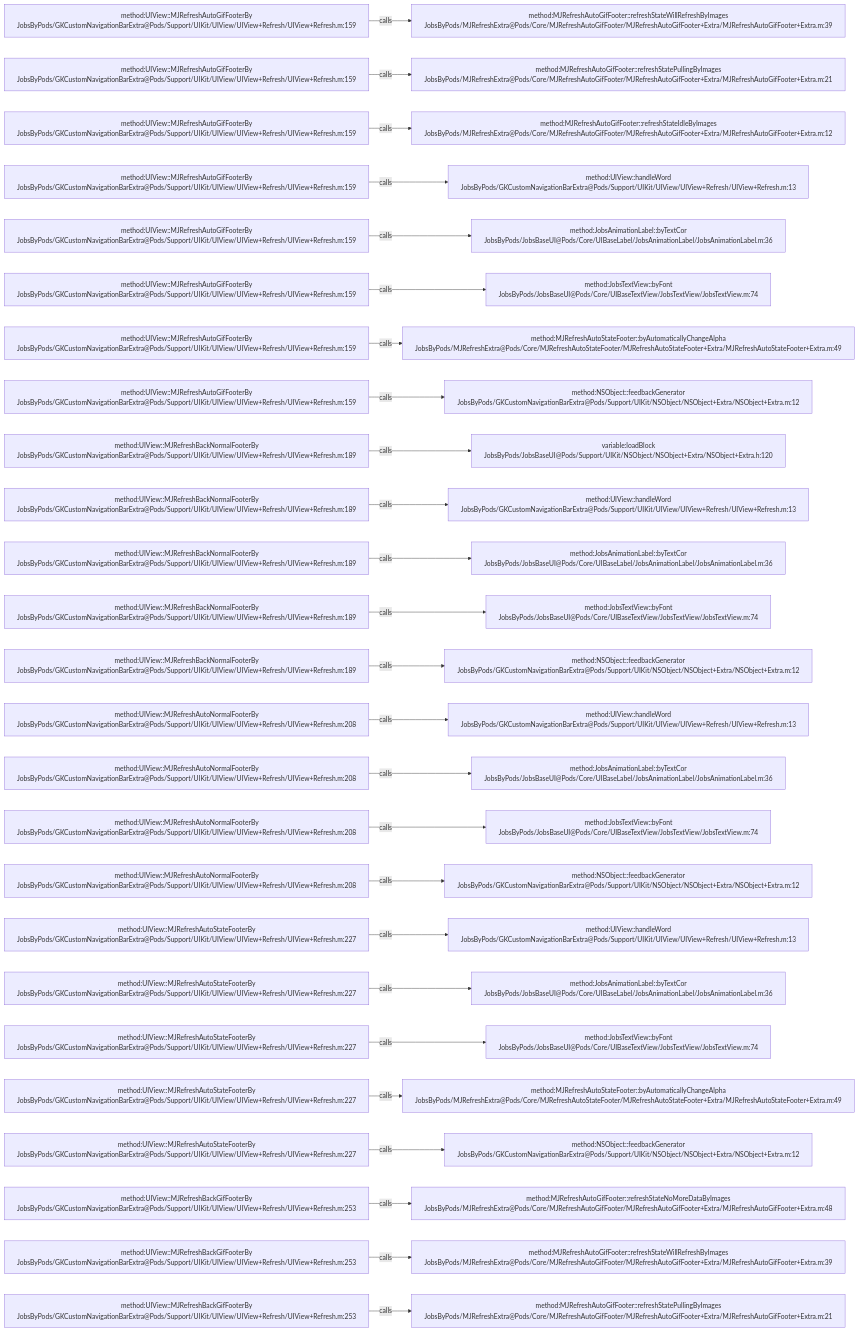
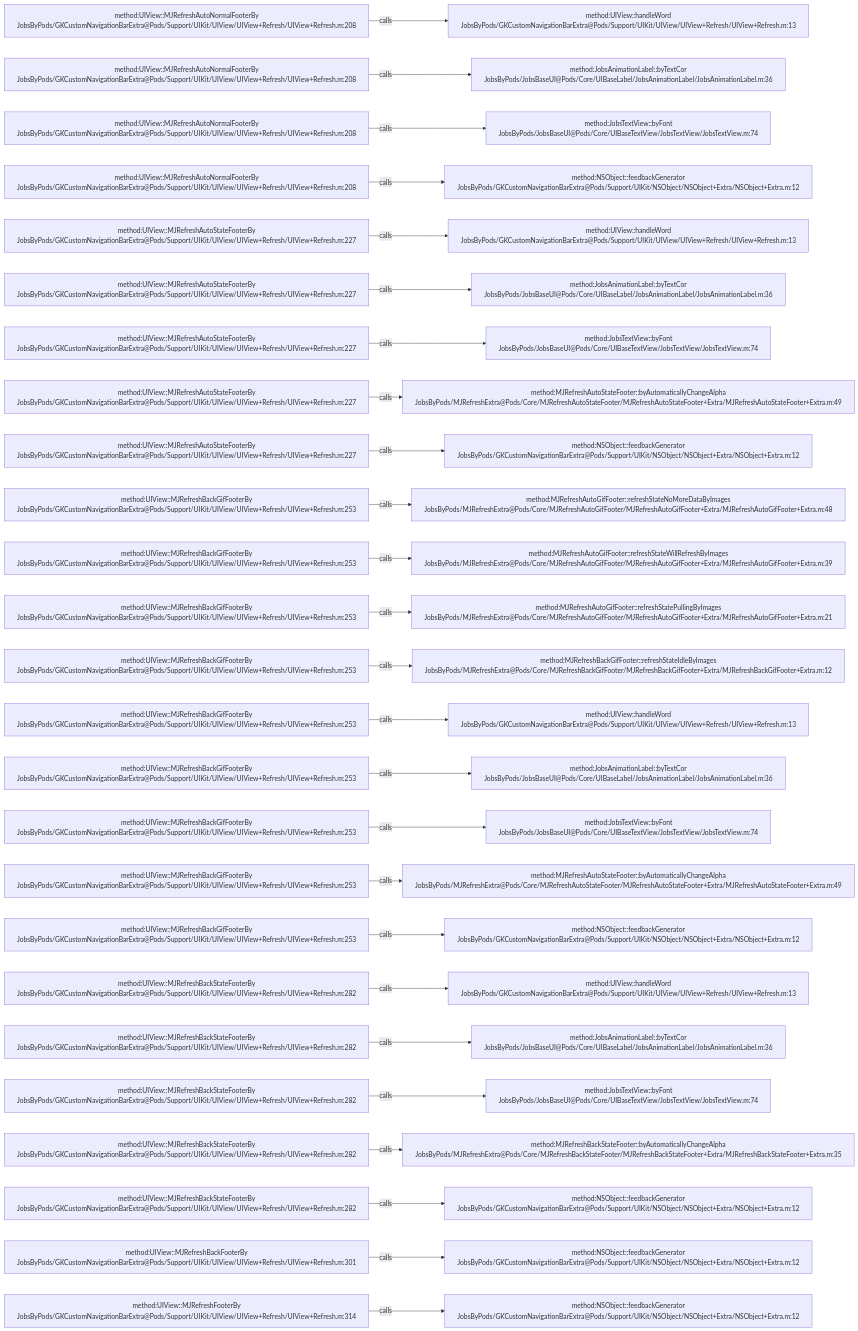
Before and after one commit to JobsKits/JobsOCBaseConfigDemo: the diagram in .codegraph/codegraph.md/graphs/calls-044.md, drawn with Mermaid. The commit also changed 223 other files, not shown here.

````diff
--- a/.codegraph/codegraph.md/graphs/calls-044.md
+++ b/.codegraph/codegraph.md/graphs/calls-044.md
@@ -13,78 +13,78 @@
 ```mermaid
 flowchart LR
-  S1["method:UIView::MJRefreshAutoGifFooterBy<br/>JobsByPods/GKCustomNavigationBarExtra@Pods/Support/UIKit/UIView/UIView+Refresh/UIView+Refresh.m:159"]
-  T1["method:MJRefreshAutoGifFooter::refreshStateWillRefreshByImages<br/>JobsByPods/MJRefreshExtra@Pods/Core/MJRefreshAutoGifFooter/MJRefreshAutoGifFooter+Extra/MJRefreshAutoGifFooter+Extra.m:39"]
+  S1["method:UIView::MJRefreshAutoNormalFooterBy<br/>JobsByPods/GKCustomNavigationBarExtra@Pods/Support/UIKit/UIView/UIView+Refresh/UIView+Refresh.m:208"]
+  T1["method:UIView::handleWord<br/>JobsByPods/GKCustomNavigationBarExtra@Pods/Support/UIKit/UIView/UIView+Refresh/UIView+Refresh.m:13"]
   S1 -->|calls| T1
-  S2["method:UIView::MJRefreshAutoGifFooterBy<br/>JobsByPods/GKCustomNavigationBarExtra@Pods/Support/UIKit/UIView/UIView+Refresh/UIView+Refresh.m:159"]
-  T2["method:MJRefreshAutoGifFooter::refreshStatePullingByImages<br/>JobsByPods/MJRefreshExtra@Pods/Core/MJRefreshAutoGifFooter/MJRefreshAutoGifFooter+Extra/MJRefreshAutoGifFooter+Extra.m:21"]
+  S2["method:UIView::MJRefreshAutoNormalFooterBy<br/>JobsByPods/GKCustomNavigationBarExtra@Pods/Support/UIKit/UIView/UIView+Refresh/UIView+Refresh.m:208"]
+  T2["method:JobsAnimationLabel::byTextCor<br/>JobsByPods/JobsBaseUI@Pods/Core/UIBaseLabel/JobsAnimationLabel/JobsAnimationLabel.m:36"]
   S2 -->|calls| T2
-  S3["method:UIView::MJRefreshAutoGifFooterBy<br/>JobsByPods/GKCustomNavigationBarExtra@Pods/Support/UIKit/UIView/UIView+Refresh/UIView+Refresh.m:159"]
-  T3["method:MJRefreshAutoGifFooter::refreshStateIdleByImages<br/>JobsByPods/MJRefreshExtra@Pods/Core/MJRefreshAutoGifFooter/MJRefreshAutoGifFooter+Extra/MJRefreshAutoGifFooter+Extra.m:12"]
+  S3["method:UIView::MJRefreshAutoNormalFooterBy<br/>JobsByPods/GKCustomNavigationBarExtra@Pods/Support/UIKit/UIView/UIView+Refresh/UIView+Refresh.m:208"]
+  T3["method:JobsTextView::byFont<br/>JobsByPods/JobsBaseUI@Pods/Core/UIBaseTextView/JobsTextView/JobsTextView.m:74"]
   S3 -->|calls| T3
-  S4["method:UIView::MJRefreshAutoGifFooterBy<br/>JobsByPods/GKCustomNavigationBarExtra@Pods/Support/UIKit/UIView/UIView+Refresh/UIView+Refresh.m:159"]
-  T4["method:UIView::handleWord<br/>JobsByPods/GKCustomNavigationBarExtra@Pods/Support/UIKit/UIView/UIView+Refresh/UIView+Refresh.m:13"]
+  S4["method:UIView::MJRefreshAutoNormalFooterBy<br/>JobsByPods/GKCustomNavigationBarExtra@Pods/Support/UIKit/UIView/UIView+Refresh/UIView+Refresh.m:208"]
+  T4["method:NSObject::feedbackGenerator<br/>JobsByPods/GKCustomNavigationBarExtra@Pods/Support/UIKit/NSObject/NSObject+Extra/NSObject+Extra.m:12"]
   S4 -->|calls| T4
-  S5["method:UIView::MJRefreshAutoGifFooterBy<br/>JobsByPods/GKCustomNavigationBarExtra@Pods/Support/UIKit/UIView/UIView+Refresh/UIView+Refresh.m:159"]
-  T5["method:JobsAnimationLabel::byTextCor<br/>JobsByPods/JobsBaseUI@Pods/Core/UIBaseLabel/JobsAnimationLabel/JobsAnimationLabel.m:36"]
+  S5["method:UIView::MJRefreshAutoStateFooterBy<br/>JobsByPods/GKCustomNavigationBarExtra@Pods/Support/UIKit/UIView/UIView+Refresh/UIView+Refresh.m:227"]
+  T5["method:UIView::handleWord<br/>JobsByPods/GKCustomNavigationBarExtra@Pods/Support/UIKit/UIView/UIView+Refresh/UIView+Refresh.m:13"]
   S5 -->|calls| T5
-  S6["method:UIView::MJRefreshAutoGifFooterBy<br/>JobsByPods/GKCustomNavigationBarExtra@Pods/Support/UIKit/UIView/UIView+Refresh/UIView+Refresh.m:159"]
-  T6["method:JobsTextView::byFont<br/>JobsByPods/JobsBaseUI@Pods/Core/UIBaseTextView/JobsTextView/JobsTextView.m:74"]
+  S6["method:UIView::MJRefreshAutoStateFooterBy<br/>JobsByPods/GKCustomNavigationBarExtra@Pods/Support/UIKit/UIView/UIView+Refresh/UIView+Refresh.m:227"]
+  T6["method:JobsAnimationLabel::byTextCor<br/>JobsByPods/JobsBaseUI@Pods/Core/UIBaseLabel/JobsAnimationLabel/JobsAnimationLabel.m:36"]
   S6 -->|calls| T6
-  S7["method:UIView::MJRefreshAutoGifFooterBy<br/>JobsByPods/GKCustomNavigationBarExtra@Pods/Support/UIKit/UIView/UIView+Refresh/UIView+Refresh.m:159"]
-  T7["method:MJRefreshAutoStateFooter::byAutomaticallyChangeAlpha<br/>JobsByPods/MJRefreshExtra@Pods/Core/MJRefreshAutoStateFooter/MJRefreshAutoStateFooter+Extra/MJRefreshAutoStateFooter+Extra.m:49"]
+  S7["method:UIView::MJRefreshAutoStateFooterBy<br/>JobsByPods/GKCustomNavigationBarExtra@Pods/Support/UIKit/UIView/UIView+Refresh/UIView+Refresh.m:227"]
+  T7["method:JobsTextView::byFont<br/>JobsByPods/JobsBaseUI@Pods/Core/UIBaseTextView/JobsTextView/JobsTextView.m:74"]
   S7 -->|calls| T7
-  S8["method:UIView::MJRefreshAutoGifFooterBy<br/>JobsByPods/GKCustomNavigationBarExtra@Pods/Support/UIKit/UIView/UIView+Refresh/UIView+Refresh.m:159"]
-  T8["method:NSObject::feedbackGenerator<br/>JobsByPods/GKCustomNavigationBarExtra@Pods/Support/UIKit/NSObject/NSObject+Extra/NSObject+Extra.m:12"]
+  S8["method:UIView::MJRefreshAutoStateFooterBy<br/>JobsByPods/GKCustomNavigationBarExtra@Pods/Support/UIKit/UIView/UIView+Refresh/UIView+Refresh.m:227"]
+  T8["method:MJRefreshAutoStateFooter::byAutomaticallyChangeAlpha<br/>JobsByPods/MJRefreshExtra@Pods/Core/MJRefreshAutoStateFooter/MJRefreshAutoStateFooter+Extra/MJRefreshAutoStateFooter+Extra.m:49"]
   S8 -->|calls| T8
-  S9["method:UIView::MJRefreshBackNormalFooterBy<br/>JobsByPods/GKCustomNavigationBarExtra@Pods/Support/UIKit/UIView/UIView+Refresh/UIView+Refresh.m:189"]
-  T9["variable:loadBlock<br/>JobsByPods/JobsBaseUI@Pods/Support/UIKit/NSObject/NSObject+Extra/NSObject+Extra.h:120"]
+  S9["method:UIView::MJRefreshAutoStateFooterBy<br/>JobsByPods/GKCustomNavigationBarExtra@Pods/Support/UIKit/UIView/UIView+Refresh/UIView+Refresh.m:227"]
+  T9["method:NSObject::feedbackGenerator<br/>JobsByPods/GKCustomNavigationBarExtra@Pods/Support/UIKit/NSObject/NSObject+Extra/NSObject+Extra.m:12"]
   S9 -->|calls| T9
-  S10["method:UIView::MJRefreshBackNormalFooterBy<br/>JobsByPods/GKCustomNavigationBarExtra@Pods/Support/UIKit/UIView/UIView+Refresh/UIView+Refresh.m:189"]
-  T10["method:UIView::handleWord<br/>JobsByPods/GKCustomNavigationBarExtra@Pods/Support/UIKit/UIView/UIView+Refresh/UIView+Refresh.m:13"]
+  S10["method:UIView::MJRefreshBackGifFooterBy<br/>JobsByPods/GKCustomNavigationBarExtra@Pods/Support/UIKit/UIView/UIView+Refresh/UIView+Refresh.m:253"]
+  T10["method:MJRefreshAutoGifFooter::refreshStateNoMoreDataByImages<br/>JobsByPods/MJRefreshExtra@Pods/Core/MJRefreshAutoGifFooter/MJRefreshAutoGifFooter+Extra/MJRefreshAutoGifFooter+Extra.m:48"]
   S10 -->|calls| T10
-  S11["method:UIView::MJRefreshBackNormalFooterBy<br/>JobsByPods/GKCustomNavigationBarExtra@Pods/Support/UIKit/UIView/UIView+Refresh/UIView+Refresh.m:189"]
-  T11["method:JobsAnimationLabel::byTextCor<br/>JobsByPods/JobsBaseUI@Pods/Core/UIBaseLabel/JobsAnimationLabel/JobsAnimationLabel.m:36"]
+  S11["method:UIView::MJRefreshBackGifFooterBy<br/>JobsByPods/GKCustomNavigationBarExtra@Pods/Support/UIKit/UIView/UIView+Refresh/UIView+Refresh.m:253"]
+  T11["method:MJRefreshAutoGifFooter::refreshStateWillRefreshByImages<br/>JobsByPods/MJRefreshExtra@Pods/Core/MJRefreshAutoGifFooter/MJRefreshAutoGifFooter+Extra/MJRefreshAutoGifFooter+Extra.m:39"]
   S11 -->|calls| T11
-  S12["method:UIView::MJRefreshBackNormalFooterBy<br/>JobsByPods/GKCustomNavigationBarExtra@Pods/Support/UIKit/UIView/UIView+Refresh/UIView+Refresh.m:189"]
-  T12["method:JobsTextView::byFont<br/>JobsByPods/JobsBaseUI@Pods/Core/UIBaseTextView/JobsTextView/JobsTextView.m:74"]
+  S12["method:UIView::MJRefreshBackGifFooterBy<br/>JobsByPods/GKCustomNavigationBarExtra@Pods/Support/UIKit/UIView/UIView+Refresh/UIView+Refresh.m:253"]
+  T12["method:MJRefreshAutoGifFooter::refreshStatePullingByImages<br/>JobsByPods/MJRefreshExtra@Pods/Core/MJRefreshAutoGifFooter/MJRefreshAutoGifFooter+Extra/MJRefreshAutoGifFooter+Extra.m:21"]
   S12 -->|calls| T12
-  S13["method:UIView::MJRefreshBackNormalFooterBy<br/>JobsByPods/GKCustomNavigationBarExtra@Pods/Support/UIKit/UIView/UIView+Refresh/UIView+Refresh.m:189"]
-  T13["method:NSObject::feedbackGenerator<br/>JobsByPods/GKCustomNavigationBarExtra@Pods/Support/UIKit/NSObject/NSObject+Extra/NSObject+Extra.m:12"]
+  S13["method:UIView::MJRefreshBackGifFooterBy<br/>JobsByPods/GKCustomNavigationBarExtra@Pods/Support/UIKit/UIView/UIView+Refresh/UIView+Refresh.m:253"]
+  T13["method:MJRefreshBackGifFooter::refreshStateIdleByImages<br/>JobsByPods/MJRefreshExtra@Pods/Core/MJRefreshBackGifFooter/MJRefreshBackGifFooter+Extra/MJRefreshBackGifFooter+Extra.m:12"]
   S13 -->|calls| T13
-  S14["method:UIView::MJRefreshAutoNormalFooterBy<br/>JobsByPods/GKCustomNavigationBarExtra@Pods/Support/UIKit/UIView/UIView+Refresh/UIView+Refresh.m:208"]
+  S14["method:UIView::MJRefreshBackGifFooterBy<br/>JobsByPods/GKCustomNavigationBarExtra@Pods/Support/UIKit/UIView/UIView+Refresh/UIView+Refresh.m:253"]
   T14["method:UIView::handleWord<br/>JobsByPods/GKCustomNavigationBarExtra@Pods/Support/UIKit/UIView/UIView+Refresh/UIView+Refresh.m:13"]
   S14 -->|calls| T14
-  S15["method:UIView::MJRefreshAutoNormalFooterBy<br/>JobsByPods/GKCustomNavigationBarExtra@Pods/Support/UIKit/UIView/UIView+Refresh/UIView+Refresh.m:208"]
+  S15["method:UIView::MJRefreshBackGifFooterBy<br/>JobsByPods/GKCustomNavigationBarExtra@Pods/Support/UIKit/UIView/UIView+Refresh/UIView+Refresh.m:253"]
   T15["method:JobsAnimationLabel::byTextCor<br/>JobsByPods/JobsBaseUI@Pods/Core/UIBaseLabel/JobsAnimationLabel/JobsAnimationLabel.m:36"]
   S15 -->|calls| T15
-  S16["method:UIView::MJRefreshAutoNormalFooterBy<br/>JobsByPods/GKCustomNavigationBarExtra@Pods/Support/UIKit/UIView/UIView+Refresh/UIView+Refresh.m:208"]
+  S16["method:UIView::MJRefreshBackGifFooterBy<br/>JobsByPods/GKCustomNavigationBarExtra@Pods/Support/UIKit/UIView/UIView+Refresh/UIView+Refresh.m:253"]
   T16["method:JobsTextView::byFont<br/>JobsByPods/JobsBaseUI@Pods/Core/UIBaseTextView/JobsTextView/JobsTextView.m:74"]
   S16 -->|calls| T16
-  S17["method:UIView::MJRefreshAutoNormalFooterBy<br/>JobsByPods/GKCustomNavigationBarExtra@Pods/Support/UIKit/UIView/UIView+Refresh/UIView+Refresh.m:208"]
-  T17["method:NSObject::feedbackGenerator<br/>JobsByPods/GKCustomNavigationBarExtra@Pods/Support/UIKit/NSObject/NSObject+Extra/NSObject+Extra.m:12"]
+  S17["method:UIView::MJRefreshBackGifFooterBy<br/>JobsByPods/GKCustomNavigationBarExtra@Pods/Support/UIKit/UIView/UIView+Refresh/UIView+Refresh.m:253"]
+  T17["method:MJRefreshAutoStateFooter::byAutomaticallyChangeAlpha<br/>JobsByPods/MJRefreshExtra@Pods/Core/MJRefreshAutoStateFooter/MJRefreshAutoStateFooter+Extra/MJRefreshAutoStateFooter+Extra.m:49"]
   S17 -->|calls| T17
-  S18["method:UIView::MJRefreshAutoStateFooterBy<br/>JobsByPods/GKCustomNavigationBarExtra@Pods/Support/UIKit/UIView/UIView+Refresh/UIView+Refresh.m:227"]
-  T18["method:UIView::handleWord<br/>JobsByPods/GKCustomNavigationBarExtra@Pods/Support/UIKit/UIView/UIView+Refresh/UIView+Refresh.m:13"]
+  S18["method:UIView::MJRefreshBackGifFooterBy<br/>JobsByPods/GKCustomNavigationBarExtra@Pods/Support/UIKit/UIView/UIView+Refresh/UIView+Refresh.m:253"]
+  T18["method:NSObject::feedbackGenerator<br/>JobsByPods/GKCustomNavigationBarExtra@Pods/Support/UIKit/NSObject/NSObject+Extra/NSObject+Extra.m:12"]
   S18 -->|calls| T18
-  S19["method:UIView::MJRefreshAutoStateFooterBy<br/>JobsByPods/GKCustomNavigationBarExtra@Pods/Support/UIKit/UIView/UIView+Refresh/UIView+Refresh.m:227"]
-  T19["method:JobsAnimationLabel::byTextCor<br/>JobsByPods/JobsBaseUI@Pods/Core/UIBaseLabel/JobsAnimationLabel/JobsAnimationLabel.m:36"]
+  S19["method:UIView::MJRefreshBackStateFooterBy<br/>JobsByPods/GKCustomNavigationBarExtra@Pods/Support/UIKit/UIView/UIView+Refresh/UIView+Refresh.m:282"]
+  T19["method:UIView::handleWord<br/>JobsByPods/GKCustomNavigationBarExtra@Pods/Support/UIKit/UIView/UIView+Refresh/UIView+Refresh.m:13"]
   S19 -->|calls| T19
-  S20["method:UIView::MJRefreshAutoStateFooterBy<br/>JobsByPods/GKCustomNavigationBarExtra@Pods/Support/UIKit/UIView/UIView+Refresh/UIView+Refresh.m:227"]
-  T20["method:JobsTextView::byFont<br/>JobsByPods/JobsBaseUI@Pods/Core/UIBaseTextView/JobsTextView/JobsTextView.m:74"]
+  S20["method:UIView::MJRefreshBackStateFooterBy<br/>JobsByPods/GKCustomNavigationBarExtra@Pods/Support/UIKit/UIView/UIView+Refresh/UIView+Refresh.m:282"]
+  T20["method:JobsAnimationLabel::byTextCor<br/>JobsByPods/JobsBaseUI@Pods/Core/UIBaseLabel/JobsAnimationLabel/JobsAnimationLabel.m:36"]
   S20 -->|calls| T20
-  S21["method:UIView::MJRefreshAutoStateFooterBy<br/>JobsByPods/GKCustomNavigationBarExtra@Pods/Support/UIKit/UIView/UIView+Refresh/UIView+Refresh.m:227"]
-  T21["method:MJRefreshAutoStateFooter::byAutomaticallyChangeAlpha<br/>JobsByPods/MJRefreshExtra@Pods/Core/MJRefreshAutoStateFooter/MJRefreshAutoStateFooter+Extra/MJRefreshAutoStateFooter+Extra.m:49"]
+  S21["method:UIView::MJRefreshBackStateFooterBy<br/>JobsByPods/GKCustomNavigationBarExtra@Pods/Support/UIKit/UIView/UIView+Refresh/UIView+Refresh.m:282"]
+  T21["method:JobsTextView::byFont<br/>JobsByPods/JobsBaseUI@Pods/Core/UIBaseTextView/JobsTextView/JobsTextView.m:74"]
   S21 -->|calls| T21
-  S22["method:UIView::MJRefreshAutoStateFooterBy<br/>JobsByPods/GKCustomNavigationBarExtra@Pods/Support/UIKit/UIView/UIView+Refresh/UIView+Refresh.m:227"]
-  T22["method:NSObject::feedbackGenerator<br/>JobsByPods/GKCustomNavigationBarExtra@Pods/Support/UIKit/NSObject/NSObject+Extra/NSObject+Extra.m:12"]
+  S22["method:UIView::MJRefreshBackStateFooterBy<br/>JobsByPods/GKCustomNavigationBarExtra@Pods/Support/UIKit/UIView/UIView+Refresh/UIView+Refresh.m:282"]
+  T22["method:MJRefreshBackStateFooter::byAutomaticallyChangeAlpha<br/>JobsByPods/MJRefreshExtra@Pods/Core/MJRefreshBackStateFooter/MJRefreshBackStateFooter+Extra/MJRefreshBackStateFooter+Extra.m:35"]
   S22 -->|calls| T22
-  S23["method:UIView::MJRefreshBackGifFooterBy<br/>JobsByPods/GKCustomNavigationBarExtra@Pods/Support/UIKit/UIView/UIView+Refresh/UIView+Refresh.m:253"]
-  T23["method:MJRefreshAutoGifFooter::refreshStateNoMoreDataByImages<br/>JobsByPods/MJRefreshExtra@Pods/Core/MJRefreshAutoGifFooter/MJRefreshAutoGifFooter+Extra/MJRefreshAutoGifFooter+Extra.m:48"]
+  S23["method:UIView::MJRefreshBackStateFooterBy<br/>JobsByPods/GKCustomNavigationBarExtra@Pods/Support/UIKit/UIView/UIView+Refresh/UIView+Refresh.m:282"]
+  T23["method:NSObject::feedbackGenerator<br/>JobsByPods/GKCustomNavigationBarExtra@Pods/Support/UIKit/NSObject/NSObject+Extra/NSObject+Extra.m:12"]
   S23 -->|calls| T23
-  S24["method:UIView::MJRefreshBackGifFooterBy<br/>JobsByPods/GKCustomNavigationBarExtra@Pods/Support/UIKit/UIView/UIView+Refresh/UIView+Refresh.m:253"]
-  T24["method:MJRefreshAutoGifFooter::refreshStateWillRefreshByImages<br/>JobsByPods/MJRefreshExtra@Pods/Core/MJRefreshAutoGifFooter/MJRefreshAutoGifFooter+Extra/MJRefreshAutoGifFooter+Extra.m:39"]
+  S24["method:UIView::MJRefreshBackFooterBy<br/>JobsByPods/GKCustomNavigationBarExtra@Pods/Support/UIKit/UIView/UIView+Refresh/UIView+Refresh.m:301"]
+  T24["method:NSObject::feedbackGenerator<br/>JobsByPods/GKCustomNavigationBarExtra@Pods/Support/UIKit/NSObject/NSObject+Extra/NSObject+Extra.m:12"]
   S24 -->|calls| T24
-  S25["method:UIView::MJRefreshBackGifFooterBy<br/>JobsByPods/GKCustomNavigationBarExtra@Pods/Support/UIKit/UIView/UIView+Refresh/UIView+Refresh.m:253"]
-  T25["method:MJRefreshAutoGifFooter::refreshStatePullingByImages<br/>JobsByPods/MJRefreshExtra@Pods/Core/MJRefreshAutoGifFooter/MJRefreshAutoGifFooter+Extra/MJRefreshAutoGifFooter+Extra.m:21"]
+  S25["method:UIView::MJRefreshFooterBy<br/>JobsByPods/GKCustomNavigationBarExtra@Pods/Support/UIKit/UIView/UIView+Refresh/UIView+Refresh.m:314"]
+  T25["method:NSObject::feedbackGenerator<br/>JobsByPods/GKCustomNavigationBarExtra@Pods/Support/UIKit/NSObject/NSObject+Extra/NSObject+Extra.m:12"]
   S25 -->|calls| T25
 ```
````
